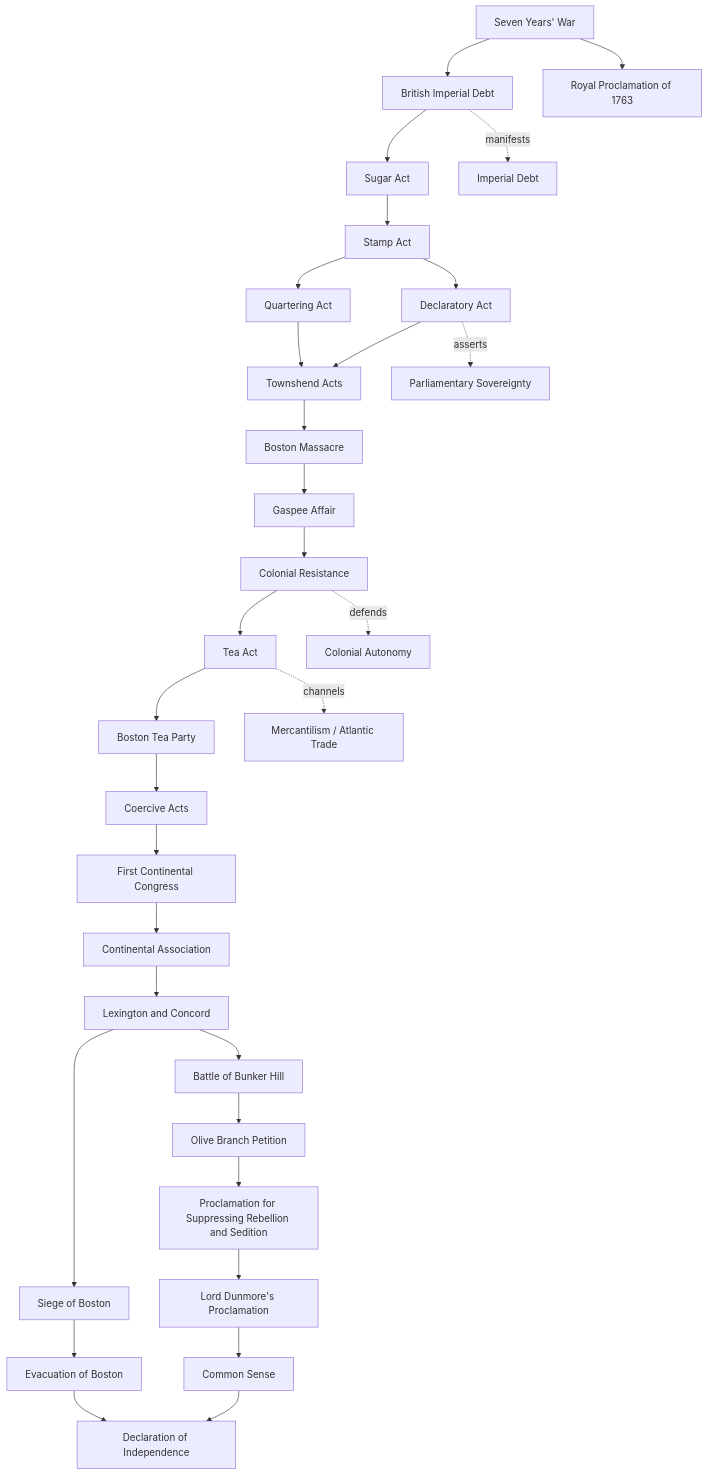
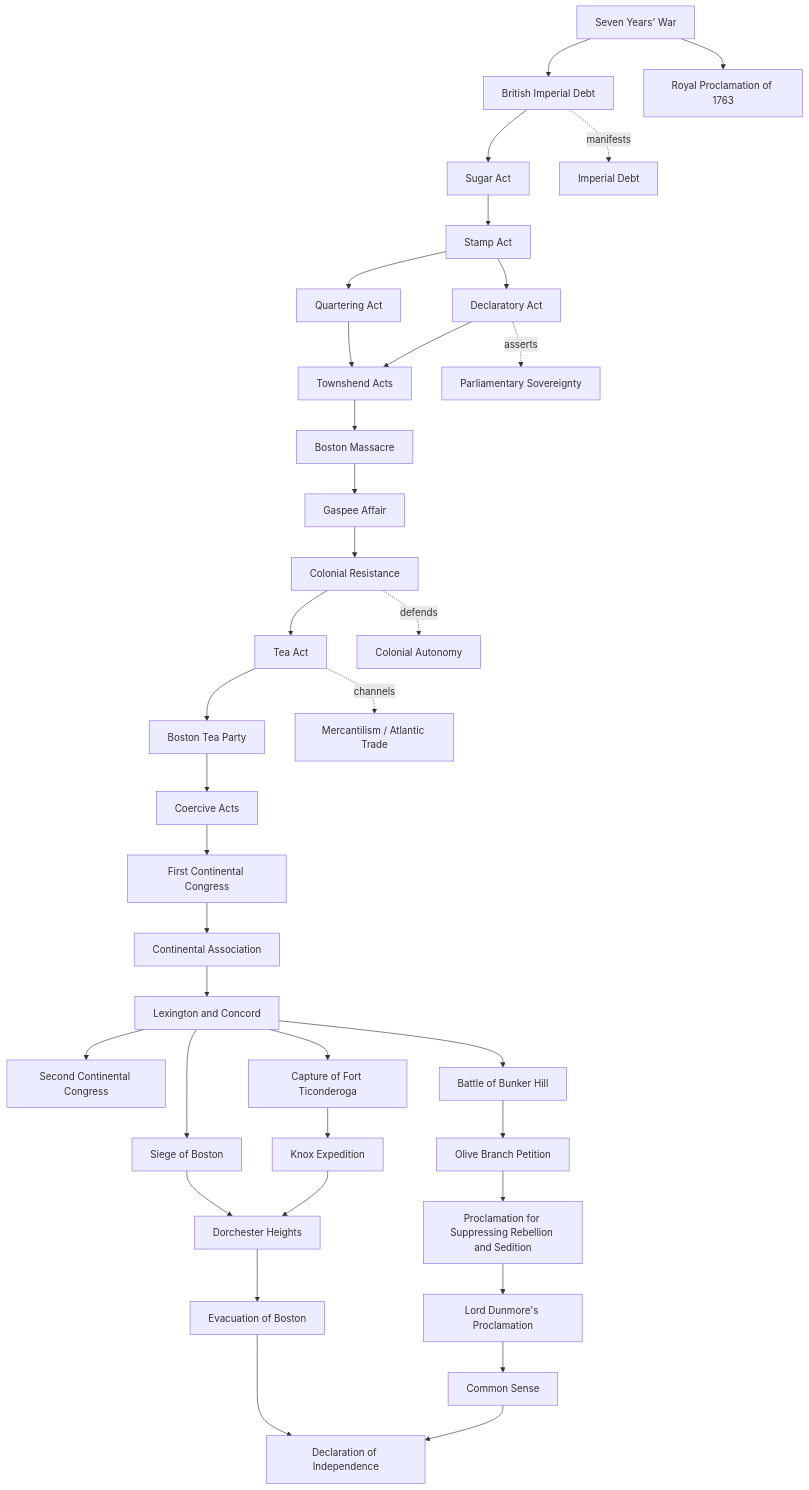
One commit to mattblethen/Causal-Atlas changed the diagram in 13_Modules/American_Revolution/Causal Chain Map.md. Above: the diagram before and after it, drawn with Mermaid. The commit also changed 28 other files, not shown here.

Commit message:
Add Ticonderoga and Dorchester mechanics

````diff
--- a/13_Modules/American_Revolution/Causal Chain Map.md
+++ b/13_Modules/American_Revolution/Causal Chain Map.md
@@ -9,34 +9,39 @@
 ```mermaid
 flowchart TD
     A["Seven Years' War"] --> B["British Imperial Debt"]
     A --> C["Royal Proclamation of 1763"]
     B --> D["Sugar Act"]
     D --> E["Stamp Act"]
     E --> F["Declaratory Act"]
     E --> G["Quartering Act"]
     F --> H["Townshend Acts"]
     G --> H
     H --> I["Boston Massacre"]
     I --> J["Gaspee Affair"]
     J --> K["Colonial Resistance"]
     K --> L["Tea Act"]
     L --> M["Boston Tea Party"]
     M --> N["Coercive Acts"]
     N --> O["First Continental Congress"]
     O --> P["Continental Association"]
     P --> Q["Lexington and Concord"]
+    Q --> AD["Second Continental Congress"]
+    Q --> AE["Capture of Fort Ticonderoga"]
+    AE --> AF["Knox Expedition"]
     Q --> R["Battle of Bunker Hill"]
     R --> S["Olive Branch Petition"]
     S --> T["Proclamation for Suppressing Rebellion and Sedition"]
     T --> U["Lord Dunmore's Proclamation"]
     U --> V["Common Sense"]
     Q --> W["Siege of Boston"]
-    W --> X["Evacuation of Boston"]
+    AF --> AG["Dorchester Heights"]
+    W --> AG
+    AG --> X["Evacuation of Boston"]
     V --> Y["Declaration of Independence"]
     X --> Y
 
     B -. manifests .-> Z["Imperial Debt"]
     F -. asserts .-> AA["Parliamentary Sovereignty"]
     K -. defends .-> AB["Colonial Autonomy"]
     L -. channels .-> AC["Mercantilism / Atlantic Trade"]
 ```
````
